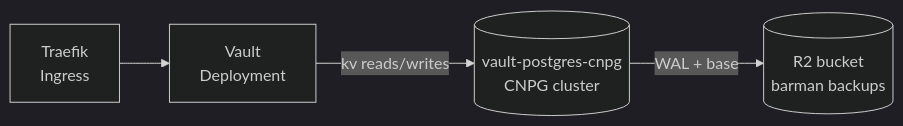
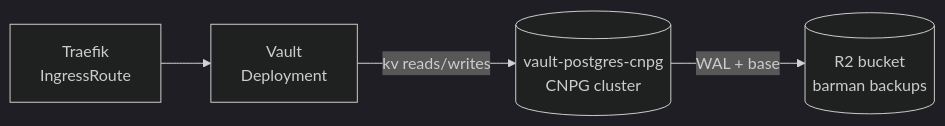
Before and after one commit to kbntx-org/nexus: the first of 2 diagrams in docs/src/platform/secrets/01-overview.md, drawn with Mermaid. The commit also changed other lines of this file and 13 other files, not shown here.

````diff
--- a/docs/src/platform/secrets/01-overview.md
+++ b/docs/src/platform/secrets/01-overview.md
@@ -29,12 +29,12 @@
 ```mermaid
 %%{init: {'theme':'dark'}}%%
 graph LR
-    Ingress[Traefik<br/>Ingress]
+    IngressRoute[Traefik<br/>IngressRoute]
     Vault[Vault<br/>Deployment]
     CNPG[(vault-postgres-cnpg<br/>CNPG cluster)]
     R2[(R2 bucket<br/>barman backups)]
 
-    Ingress --> Vault
+    IngressRoute --> Vault
     Vault -->|kv reads/writes| CNPG
     CNPG -->|WAL + base| R2
 ```
````
